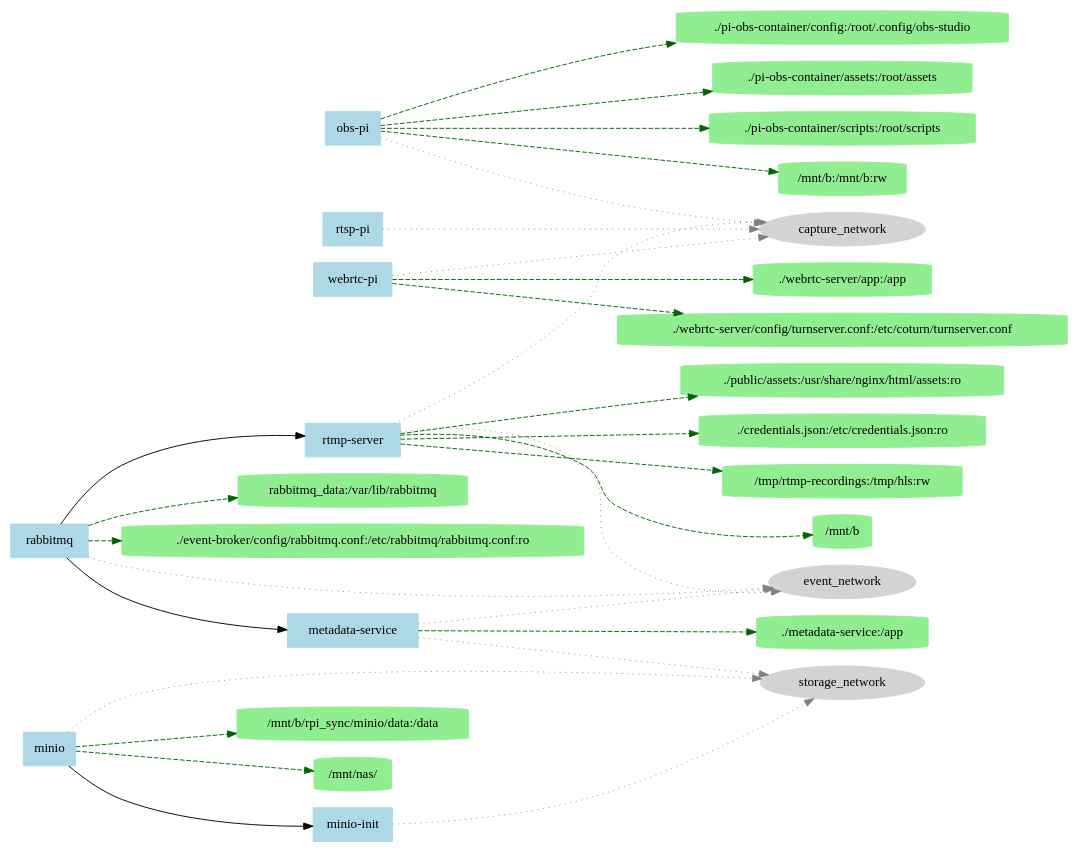
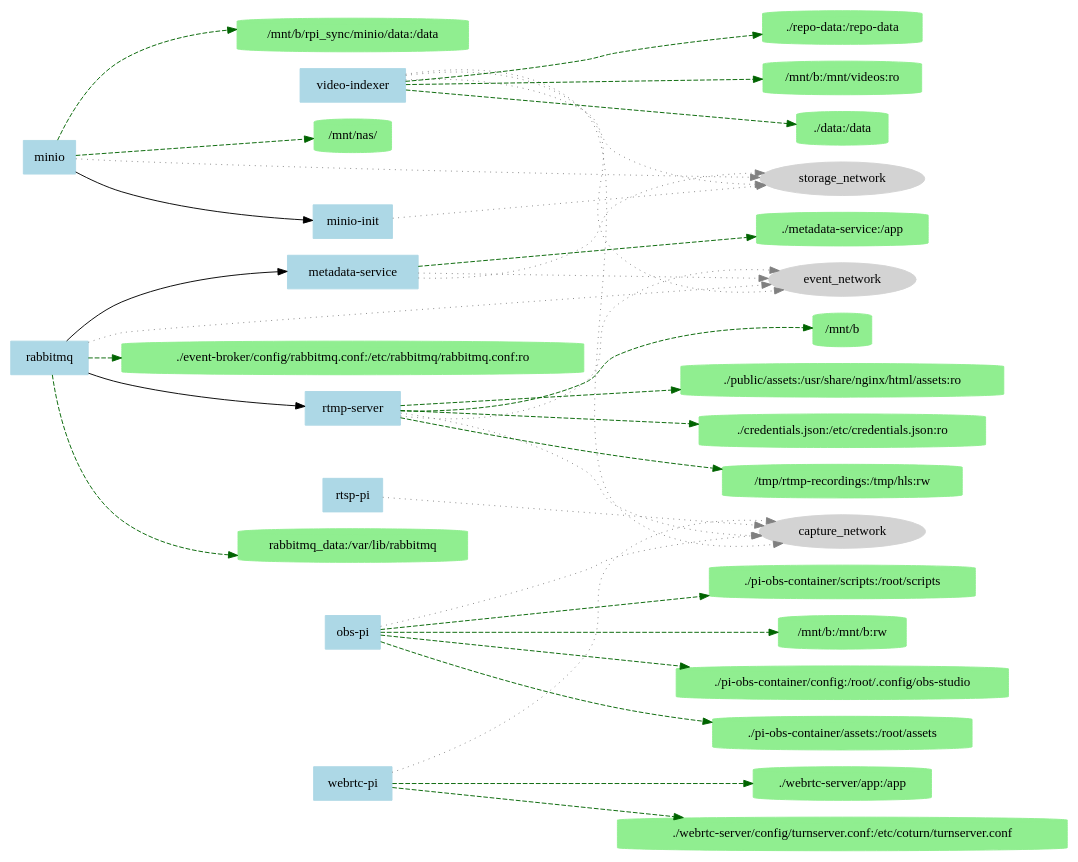
The diagram in public/serve/repository-docker-structure.dot (Cdaprod/local-docker-rtmp-server), drawn with Graphviz before and after one commit. The commit also changed 1 other file, not shown here.

```diff
--- a/public/serve/repository-docker-structure.dot
+++ b/public/serve/repository-docker-structure.dot
@@ -1,65 +1,78 @@
 digraph docker_compose {
   rankdir=LR;
   node [shape=box, style=filled, color=lightblue];
+  "video-indexer" [label="video-indexer"];
+  "video-indexer" -> "net::storage_network" [style=dotted, color=gray];
+  "net::storage_network" [label="storage_network" shape=ellipse color=lightgray];
+  "video-indexer" -> "net::event_network" [style=dotted, color=gray];
+  "net::event_network" [label="event_network" shape=ellipse color=lightgray];
+  "video-indexer" -> "net::capture_network" [style=dotted, color=gray];
+  "net::capture_network" [label="capture_network" shape=ellipse color=lightgray];
+  "video-indexer" -> "vol::/mnt/b:/mnt/videos:ro" [style=dashed, color=darkgreen];
+  "vol::/mnt/b:/mnt/videos:ro" [label="/mnt/b:/mnt/videos:ro" shape=cylinder color=lightgreen];
+  "video-indexer" -> "vol::./data:/data" [style=dashed, color=darkgreen];
+  "vol::./data:/data" [label="./data:/data" shape=cylinder color=lightgreen];
+  "video-indexer" -> "vol::./repo-data:/repo-data" [style=dashed, color=darkgreen];
+  "vol::./repo-data:/repo-data" [label="./repo-data:/repo-data" shape=cylinder color=lightgreen];
   "obs-pi" [label="obs-pi"];
   "obs-pi" -> "net::capture_network" [style=dotted, color=gray];
   "net::capture_network" [label="capture_network" shape=ellipse color=lightgray];
   "obs-pi" -> "vol::./pi-obs-container/config:/root/.config/obs-studio" [style=dashed, color=darkgreen];
   "vol::./pi-obs-container/config:/root/.config/obs-studio" [label="./pi-obs-container/config:/root/.config/obs-studio" shape=cylinder color=lightgreen];
   "obs-pi" -> "vol::./pi-obs-container/assets:/root/assets" [style=dashed, color=darkgreen];
   "vol::./pi-obs-container/assets:/root/assets" [label="./pi-obs-container/assets:/root/assets" shape=cylinder color=lightgreen];
   "obs-pi" -> "vol::./pi-obs-container/scripts:/root/scripts" [style=dashed, color=darkgreen];
   "vol::./pi-obs-container/scripts:/root/scripts" [label="./pi-obs-container/scripts:/root/scripts" shape=cylinder color=lightgreen];
   "obs-pi" -> "vol::/mnt/b:/mnt/b:rw" [style=dashed, color=darkgreen];
   "vol::/mnt/b:/mnt/b:rw" [label="/mnt/b:/mnt/b:rw" shape=cylinder color=lightgreen];
   "webrtc-pi" [label="webrtc-pi"];
   "webrtc-pi" -> "net::capture_network" [style=dotted, color=gray];
   "net::capture_network" [label="capture_network" shape=ellipse color=lightgray];
   "webrtc-pi" -> "vol::./webrtc-server/app:/app" [style=dashed, color=darkgreen];
   "vol::./webrtc-server/app:/app" [label="./webrtc-server/app:/app" shape=cylinder color=lightgreen];
   "webrtc-pi" -> "vol::./webrtc-server/config/turnserver.conf:/etc/coturn/turnserver.conf" [style=dashed, color=darkgreen];
   "vol::./webrtc-server/config/turnserver.conf:/etc/coturn/turnserver.conf" [label="./webrtc-server/config/turnserver.conf:/etc/coturn/turnserver.conf" shape=cylinder color=lightgreen];
   "rtsp-pi" [label="rtsp-pi"];
   "rtsp-pi" -> "net::capture_network" [style=dotted, color=gray];
   "net::capture_network" [label="capture_network" shape=ellipse color=lightgray];
   "rtmp-server" [label="rtmp-server"];
   "rabbitmq" -> "rtmp-server";
   "rtmp-server" -> "net::capture_network" [style=dotted, color=gray];
   "net::capture_network" [label="capture_network" shape=ellipse color=lightgray];
   "rtmp-server" -> "net::event_network" [style=dotted, color=gray];
   "net::event_network" [label="event_network" shape=ellipse color=lightgray];
   "rtmp-server" -> "vol::/mnt/b" [style=dashed, color=darkgreen];
   "vol::/mnt/b" [label="/mnt/b" shape=cylinder color=lightgreen];
   "rtmp-server" -> "vol::./public/assets:/usr/share/nginx/html/assets:ro" [style=dashed, color=darkgreen];
   "vol::./public/assets:/usr/share/nginx/html/assets:ro" [label="./public/assets:/usr/share/nginx/html/assets:ro" shape=cylinder color=lightgreen];
   "rtmp-server" -> "vol::./credentials.json:/etc/credentials.json:ro" [style=dashed, color=darkgreen];
   "vol::./credentials.json:/etc/credentials.json:ro" [label="./credentials.json:/etc/credentials.json:ro" shape=cylinder color=lightgreen];
   "rtmp-server" -> "vol::/tmp/rtmp-recordings:/tmp/hls:rw" [style=dashed, color=darkgreen];
   "vol::/tmp/rtmp-recordings:/tmp/hls:rw" [label="/tmp/rtmp-recordings:/tmp/hls:rw" shape=cylinder color=lightgreen];
   "minio" [label="minio"];
   "minio" -> "net::storage_network" [style=dotted, color=gray];
   "net::storage_network" [label="storage_network" shape=ellipse color=lightgray];
   "minio" -> "vol::/mnt/b/rpi_sync/minio/data:/data" [style=dashed, color=darkgreen];
   "vol::/mnt/b/rpi_sync/minio/data:/data" [label="/mnt/b/rpi_sync/minio/data:/data" shape=cylinder color=lightgreen];
   "minio" -> "vol::/mnt/nas/" [style=dashed, color=darkgreen];
   "vol::/mnt/nas/" [label="/mnt/nas/" shape=cylinder color=lightgreen];
   "minio-init" [label="minio-init"];
   "minio" -> "minio-init";
   "minio-init" -> "net::storage_network" [style=dotted, color=gray];
   "net::storage_network" [label="storage_network" shape=ellipse color=lightgray];
   "rabbitmq" [label="rabbitmq"];
   "rabbitmq" -> "net::event_network" [style=dotted, color=gray];
   "net::event_network" [label="event_network" shape=ellipse color=lightgray];
   "rabbitmq" -> "vol::rabbitmq_data:/var/lib/rabbitmq" [style=dashed, color=darkgreen];
   "vol::rabbitmq_data:/var/lib/rabbitmq" [label="rabbitmq_data:/var/lib/rabbitmq" shape=cylinder color=lightgreen];
   "rabbitmq" -> "vol::./event-broker/config/rabbitmq.conf:/etc/rabbitmq/rabbitmq.conf:ro" [style=dashed, color=darkgreen];
   "vol::./event-broker/config/rabbitmq.conf:/etc/rabbitmq/rabbitmq.conf:ro" [label="./event-broker/config/rabbitmq.conf:/etc/rabbitmq/rabbitmq.conf:ro" shape=cylinder color=lightgreen];
   "metadata-service" [label="metadata-service"];
   "rabbitmq" -> "metadata-service";
   "metadata-service" -> "net::event_network" [style=dotted, color=gray];
   "net::event_network" [label="event_network" shape=ellipse color=lightgray];
   "metadata-service" -> "net::storage_network" [style=dotted, color=gray];
   "net::storage_network" [label="storage_network" shape=ellipse color=lightgray];
   "metadata-service" -> "vol::./metadata-service:/app" [style=dashed, color=darkgreen];
   "vol::./metadata-service:/app" [label="./metadata-service:/app" shape=cylinder color=lightgreen];
 }
```
